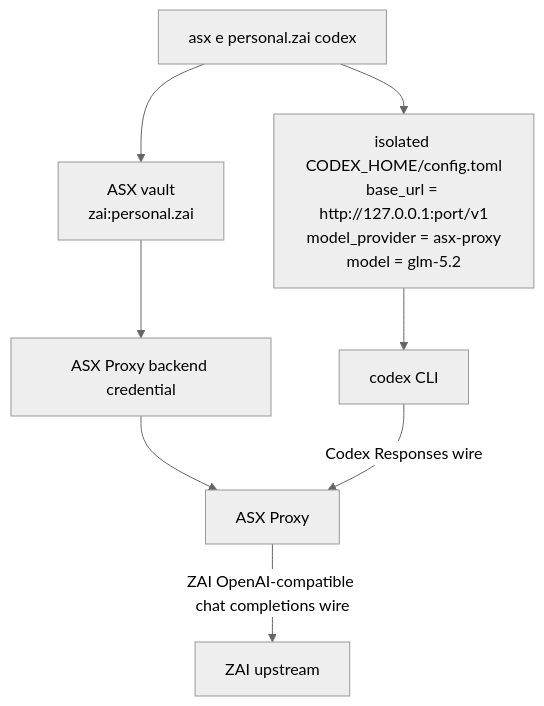
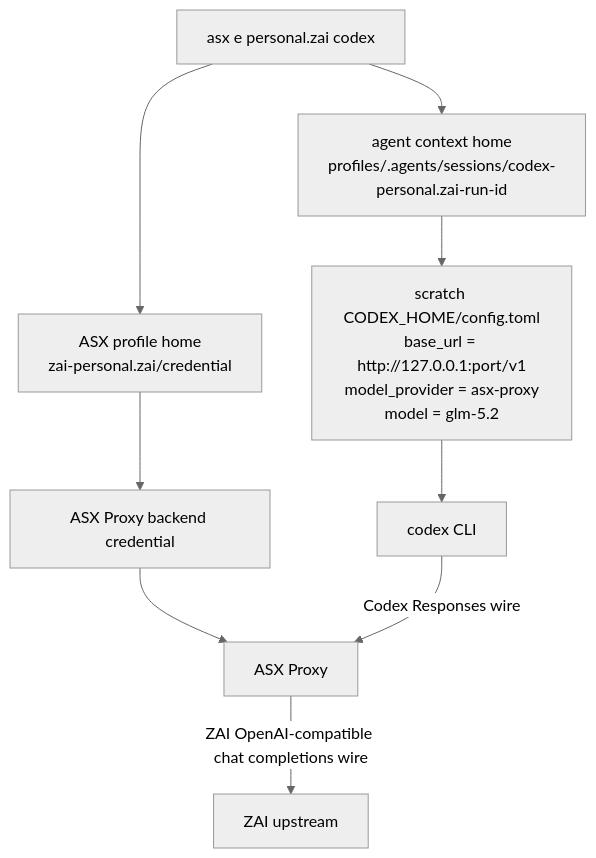
Before and after one commit to enif-lee/asx: the seventh of 9 diagrams in ARCHITECTURE.md, drawn with Mermaid (neutral theme). The commit also changed other lines of this file and 32 other files, not shown here.

````diff
--- a/ARCHITECTURE.md
+++ b/ARCHITECTURE.md
@@ -266,15 +340,16 @@
 ```mermaid
 flowchart TD
   Cmd["asx e personal.zai codex"]
-  Vault["ASX vault<br/>zai:personal.zai"]
+  ProfileHome["ASX profile home<br/>zai-personal.zai/credential"]
   BackendCred["ASX Proxy backend credential"]
-  Config["isolated CODEX_HOME/config.toml<br/>base_url = http://127.0.0.1:port/v1<br/>model_provider = asx-proxy<br/>model = glm-5.2"]
+  Scratch["agent context home<br/>profiles/.agents/sessions/codex-personal.zai-run-id"]
+  Config["scratch CODEX_HOME/config.toml<br/>base_url = http://127.0.0.1:port/v1<br/>model_provider = asx-proxy<br/>model = glm-5.2"]
   Agent["codex CLI"]
   Proxy["ASX Proxy"]
   Upstream["ZAI upstream"]
 
-  Cmd --> Vault --> BackendCred --> Proxy
-  Cmd --> Config --> Agent
+  Cmd --> ProfileHome --> BackendCred --> Proxy
+  Cmd --> Scratch --> Config --> Agent
   Agent -- "Codex Responses wire" --> Proxy
   Proxy -- "ZAI OpenAI-compatible chat completions wire" --> Upstream
 ```
````
